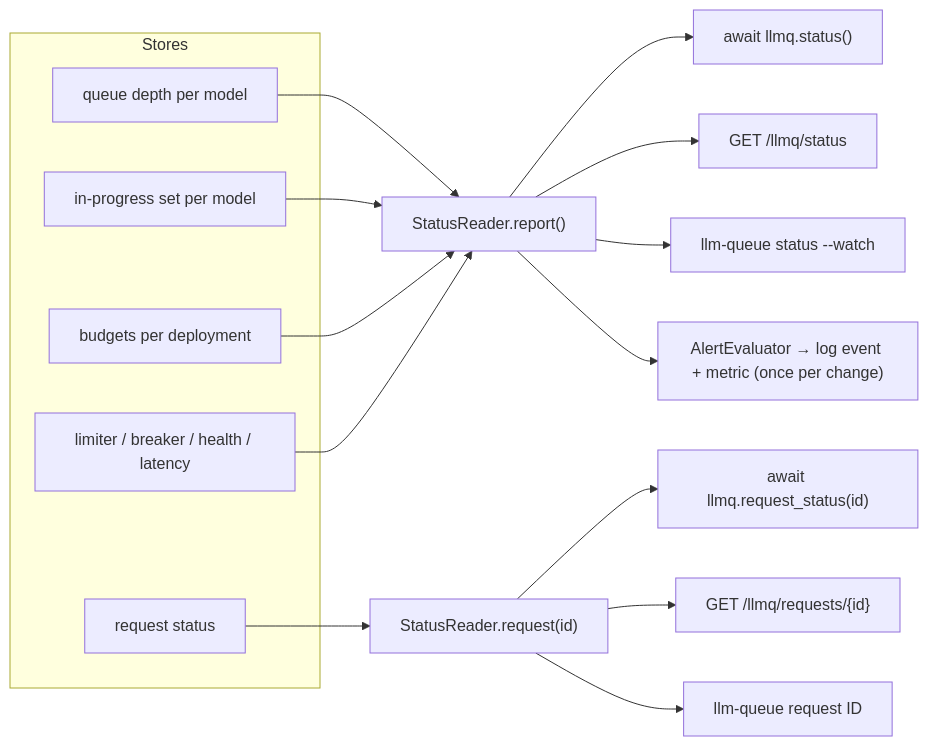
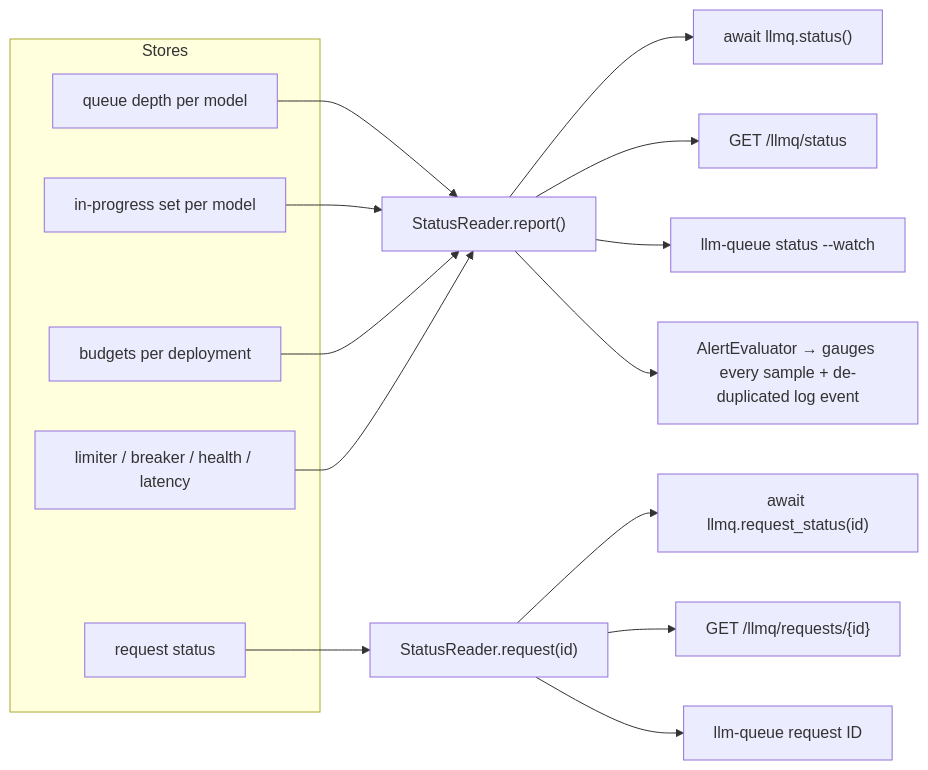
Before and after one commit to techiewonk/taskiq-llm-queue: the eighth of 10 diagrams in docs/ACCOUNT_ROUTING_PLAN.md, drawn with Mermaid. The commit also changed other lines of this file and 1 other file, not shown here.

Commit message:
Plan: cleanup pass (diagrams, code structure, CLI list, owner list, decision order)

````diff
--- a/docs/ACCOUNT_ROUTING_PLAN.md
+++ b/docs/ACCOUNT_ROUTING_PLAN.md
@@ -811,15 +806,15 @@
 ```mermaid
 flowchart LR
   subgraph Stores
     Q["queue depth per model"]
     I["in-progress set per model"]
     R["budgets per deployment"]
     L["limiter / breaker / health / latency"]
     RS["request status"]
   end
   Q & I & R & L --> SR["StatusReader.report()"]
   RS --> RQ["StatusReader.request(id)"]
   SR --> PY["await llmq.status()"] & HTTP["GET /llmq/status"] & CLI["llm-queue status --watch"]
   RQ --> PY2["await llmq.request_status(id)"] & HTTP2["GET /llmq/requests/{id}"] & CLI2["llm-queue request ID"]
-  SR --> AL["AlertEvaluator → log event + metric (once per change)"]
+  SR --> AL["AlertEvaluator → gauges every sample + de-duplicated log event"]
 ```
````
